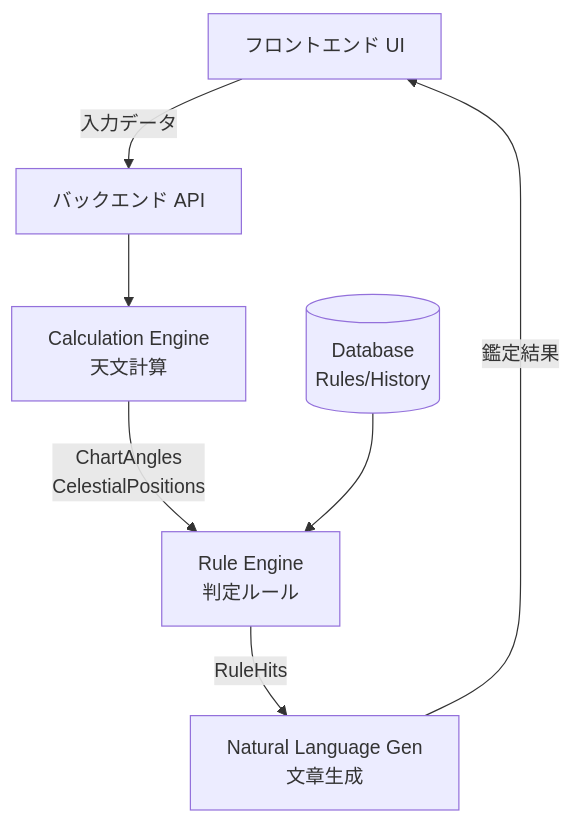
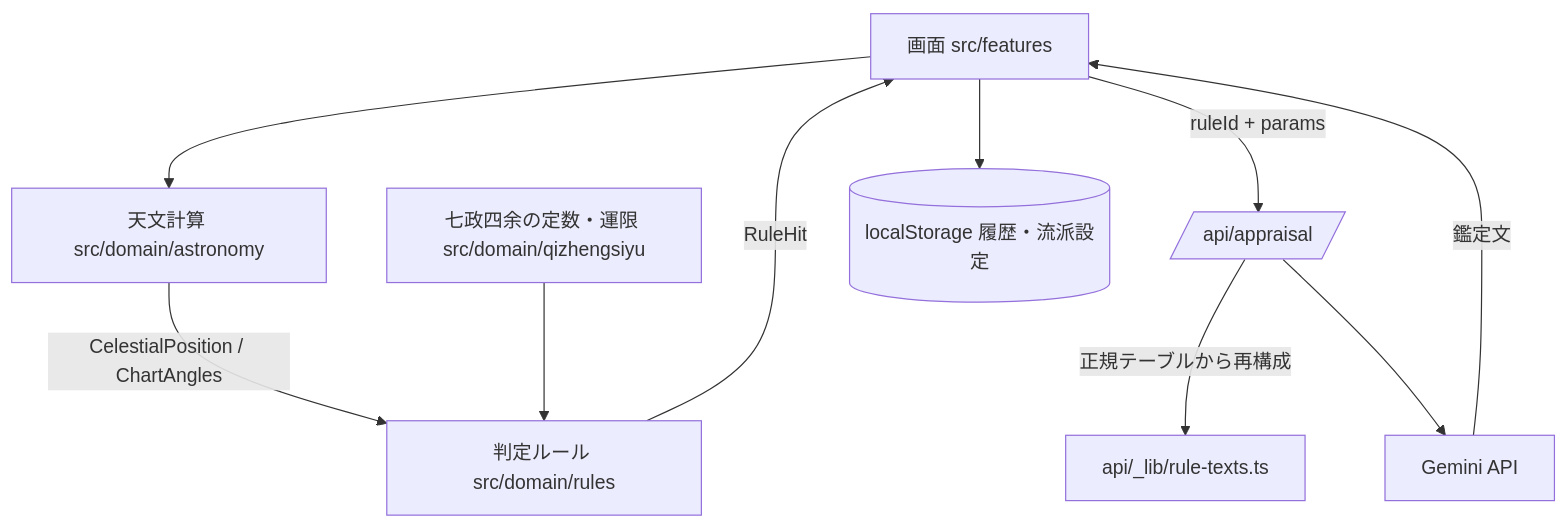
The diagram in docs/system-design.md (asofia888/shichiseiyoyo), drawn with Mermaid before and after one commit. The commit also changed other lines of this file and 32 other files, not shown here.

````diff
--- a/docs/system-design.md
+++ b/docs/system-design.md
@@ -31,9 +15,12 @@
 ```mermaid
 graph TD
-    UI[フロントエンド UI] -->|入力データ| API[バックエンド API]
-    API --> CE[Calculation Engine\n天文計算]
-    CE -->|ChartAngles\nCelestialPositions| RE[Rule Engine\n判定ルール]
-    DB[(Database\nRules/History)] --> RE
-    RE -->|RuleHits| NGL[Natural Language Gen\n文章生成]
-    NGL -->|鑑定結果| UI
+    UI[画面 src/features] --> CE[天文計算 src/domain/astronomy]
+    CE -->|CelestialPosition / ChartAngles| RE[判定ルール src/domain/rules]
+    QZ[七政四余の定数・運限 src/domain/qizhengsiyu] --> RE
+    RE -->|RuleHit| UI
+    UI -->|ruleId + params| API[/api/appraisal/]
+    API -->|正規テーブルから再構成| TXT[api/_lib/rule-texts.ts]
+    API --> AI[Gemini API]
+    AI -->|鑑定文| UI
+    UI --> LS[(localStorage 履歴・流派設定)]
 ```
````
